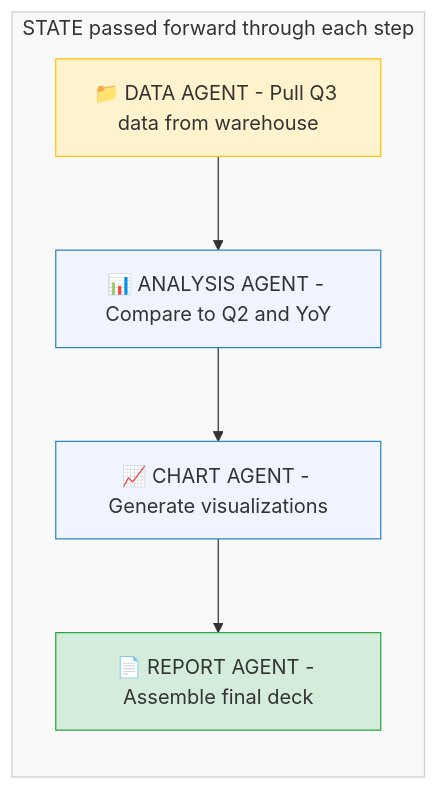
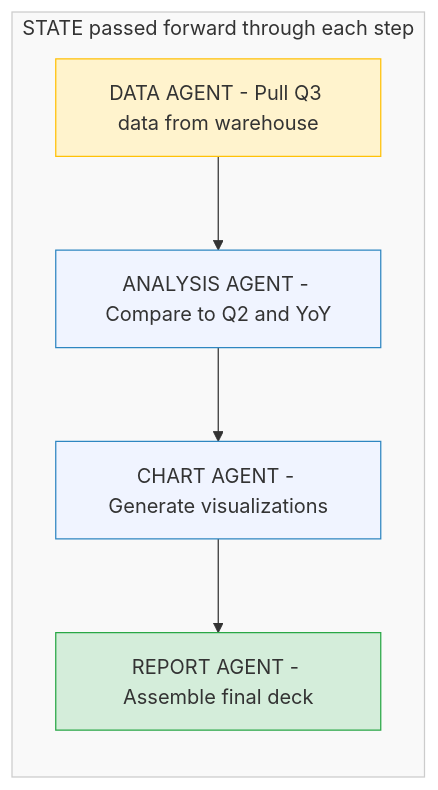
One commit to ithinktavo/GenAI-Engineering-Handbook changed the first of 8 diagrams in docs/09-orchestration-patterns.md. Above: the diagram before and after it, drawn with Mermaid. The commit also changed other lines of this file and 10 other files, not shown here.

Commit message:
Diagram updates

````diff
--- a/docs/09-orchestration-patterns.md
+++ b/docs/09-orchestration-patterns.md
@@ -21,17 +21,17 @@
 ```mermaid
 graph LR
     subgraph Pipeline ["STATE passed forward through each step"]
-        Data["📁 DATA AGENT - Pull Q3 data from warehouse"]
-        Analysis["📊 ANALYSIS AGENT - Compare to Q2 and YoY"]
-        Chart["📈 CHART AGENT - Generate visualizations"]
-        Report["📄 REPORT AGENT - Assemble final deck"]
+        Data["DATA AGENT - Pull Q3 data from warehouse"]
+        Analysis["ANALYSIS AGENT - Compare to Q2 and YoY"]
+        Chart["CHART AGENT - Generate visualizations"]
+        Report["REPORT AGENT - Assemble final deck"]
     end
 
     Data --> Analysis --> Chart --> Report
 
     style Data fill:#fff3cd,stroke:#ffc107
     style Analysis fill:#f0f4ff,stroke:#2E86C1
     style Chart fill:#f0f4ff,stroke:#2E86C1
     style Report fill:#d4edda,stroke:#28a745
     style Pipeline fill:#f9f9f9,stroke:#ccc
 ```
````
